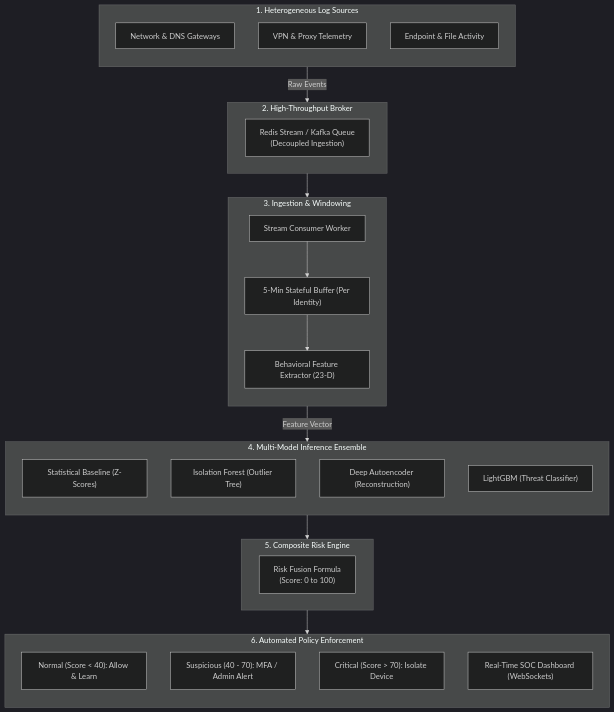
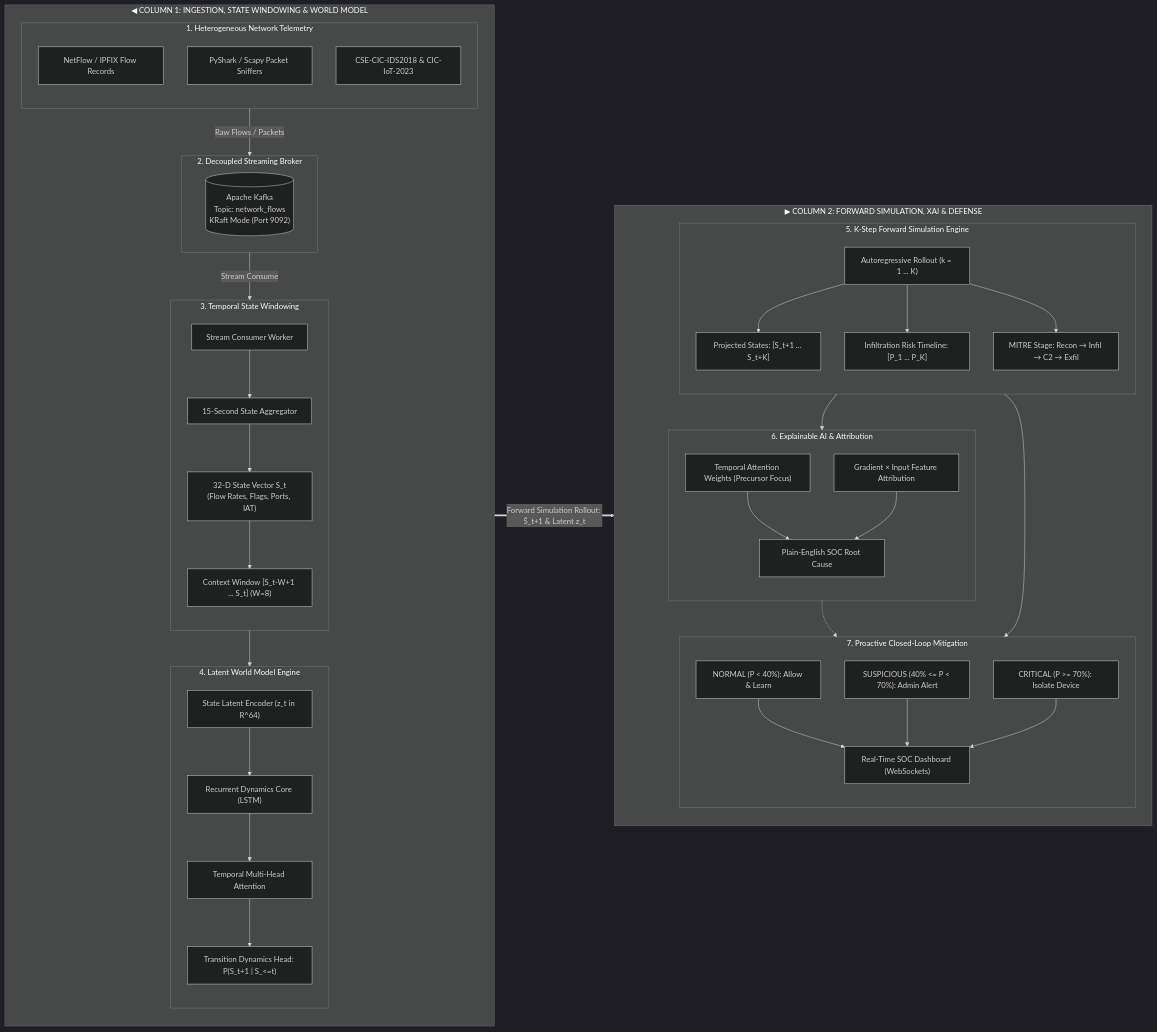
The first of 2 diagrams in WORKFLOW.md (dtg-lucifer/veritas), drawn with Mermaid (dark theme) before and after one commit. The commit also changed other lines of this file and 44 other files, not shown here.

Commit message:
migration: from v1 to v2 using world model architecture to forecast possibilities using probability distribution

````diff
--- a/WORKFLOW.md
+++ b/WORKFLOW.md
@@ -21,47 +41,77 @@
 ```mermaid
-flowchart TD
-    subgraph Sources["1. Heterogeneous Log Sources"]
+flowchart LR
+    subgraph Col1["◀ COLUMN 1: INGESTION, STATE WINDOWING & WORLD MODEL"]
         direction TB
-        L1["Network & DNS Gateways"]
-        L2["VPN & Proxy Telemetry"]
-        L3["Endpoint & File Activity"]
+        
+        subgraph Sources["1. Heterogeneous Network Telemetry"]
+            direction TB
+            L1["NetFlow / IPFIX Flow Records"]
+            L2["PyShark / Scapy Packet Sniffers"]
+            L3["CSE-CIC-IDS2018 & CIC-IoT-2023"]
+        end
+
+        subgraph Broker["2. Decoupled Streaming Broker"]
+            Q[("Apache Kafka<br/>Topic: network_flows<br/>KRaft Mode (Port 9092)")]
+        end
+
+        subgraph Windowing["3. Temporal State Windowing"]
+            direction TB
+            W1["Stream Consumer Worker"]
+            W2["15-Second State Aggregator"]
+            W3["32-D State Vector S_t<br/>(Flow Rates, Flags, Ports, IAT)"]
+            W4["Context Window [S_t-W+1 ... S_t] (W=8)"]
+            W1 --> W2 --> W3 --> W4
+        end
+
+        subgraph WorldModel["4. Latent World Model Engine"]
+            direction TB
+            M1["State Latent Encoder (z_t in R^64)"]
+            M2["Recurrent Dynamics Core (LSTM)"]
+            M3["Temporal Multi-Head Attention"]
+            M4["Transition Dynamics Head: P(S_t+1 | S_<=t)"]
+            M1 --> M2 --> M3 --> M4
+        end
+
+        Sources -->|Raw Flows / Packets| Broker
+        Broker -->|Stream Consume| Windowing
+        W4 --> WorldModel
     end
 
-    subgraph Broker["2. High-Throughput Broker"]
-        Q["Redis Stream / Kafka Queue<br/>(Decoupled Ingestion)"]
+    subgraph Col2["▶ COLUMN 2: FORWARD SIMULATION, XAI & DEFENSE"]
+        direction TB
+        
+        subgraph Simulation["5. K-Step Forward Simulation Engine"]
+            direction TB
+            S1["Autoregressive Rollout (k = 1 ... K)"]
+            S2["Projected States: [S_t+1 ... S_t+K]"]
+            S3["Infiltration Risk Timeline: [P_1 ... P_K]"]
+            S4["MITRE Stage: Recon → Infil → C2 → Exfil"]
+            S1 --> S2 & S3 & S4
+        end
+
+        subgraph Explainability["6. Explainable AI & Attribution"]
+            direction TB
+            X1["Temporal Attention Weights (Precursor Focus)"]
+            X2["Gradient × Input Feature Attribution"]
+            X3["Plain-English SOC Root Cause"]
+            X1 --> X3
+            X2 --> X3
+        end
+
+        subgraph Actions["7. Proactive Closed-Loop Mitigation"]
+            direction TB
+            P1["NORMAL (P < 40%): Allow & Learn"]
+            P2["SUSPICIOUS (40% <= P < 70%): Admin Alert"]
+            P3["CRITICAL (P >= 70%): Isolate Device"]
+            P4["Real-Time SOC Dashboard (WebSockets)"]
+            P1 & P2 & P3 --> P4
+        end
+
+        Simulation --> Explainability
+        Simulation --> Actions
+        Explainability -.-> P4
     end
 
-    subgraph Ingestion["3. Ingestion & Windowing"]
-        direction TB
-        W1["Stream Consumer Worker"]
-        W2["5-Min Stateful Buffer (Per Identity)"]
-        W3["Behavioral Feature Extractor (23-D)"]
-        W1 --> W2 --> W3
-    end
-
-    subgraph Ensemble["4. Multi-Model Inference Ensemble"]
-        direction TB
-        M1["Statistical Baseline (Z-Scores)"]
-        M2["Isolation Forest (Outlier Tree)"]
-        M3["Deep Autoencoder (Reconstruction)"]
-        M4["LightGBM (Threat Classifier)"]
-    end
-
-    subgraph Fusion["5. Composite Risk Engine"]
-        R["Risk Fusion Formula<br/>(Score: 0 to 100)"]
-    end
-
-    subgraph Actions["6. Automated Policy Enforcement"]
-        direction TB
-        P1["Normal (Score &lt; 40): Allow &amp; Learn"]
-        P2["Suspicious (40 - 70): MFA / Admin Alert"]
-        P3["Critical (Score &gt; 70): Isolate Device"]
-        P4["Real-Time SOC Dashboard (WebSockets)"]
-    end
-
-    Sources -->|Raw Events| Broker
-    Broker --> Ingestion
-    W3 -->|Feature Vector| Ensemble
-    Ensemble --> Fusion
-    Fusion --> Actions
+    %% Cross-Column Causal Forward Dynamics Bridge
+    M4 ==>|Forward Simulation Rollout: Ŝ_t+1 & Latent z_t| S1
 ```
````
